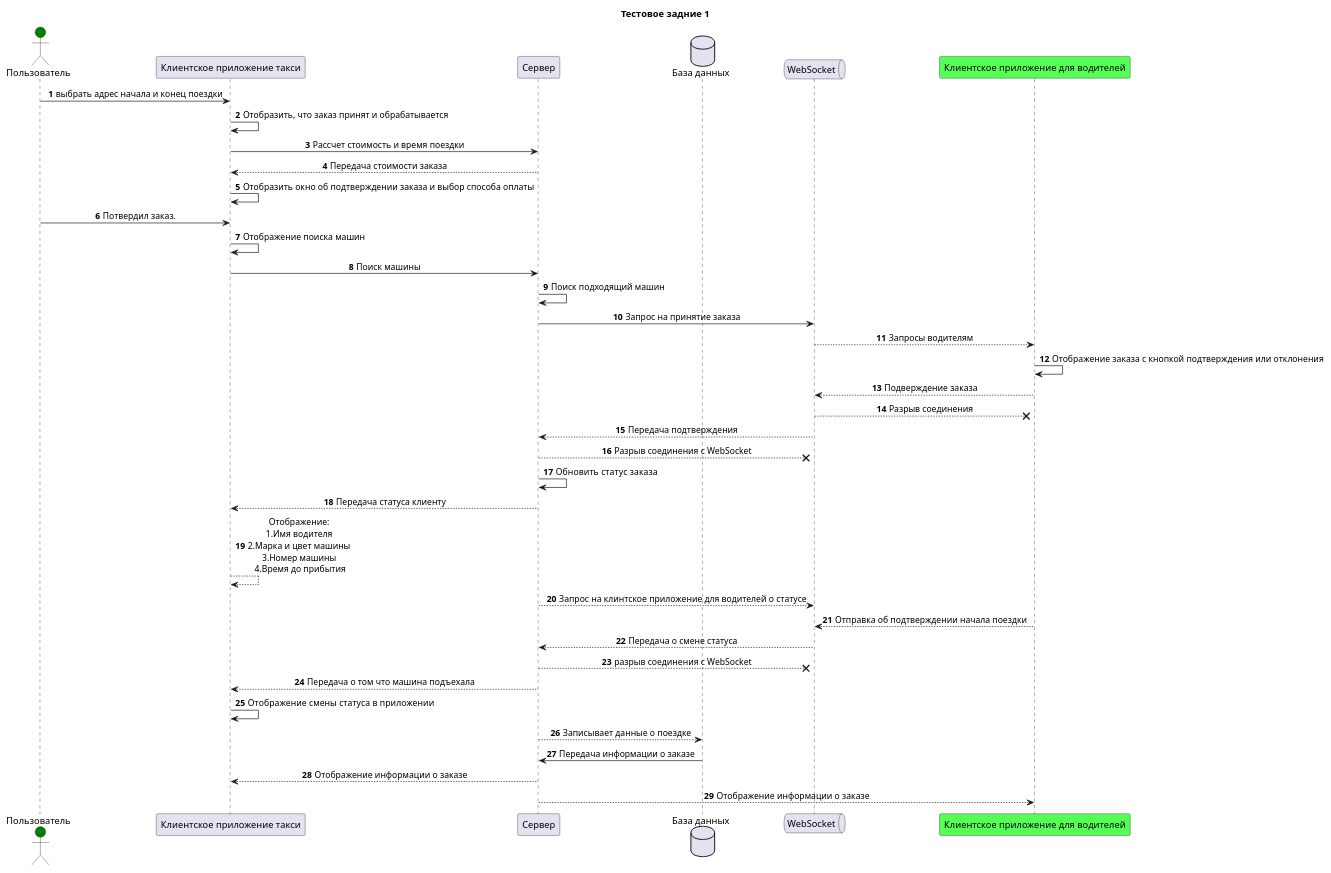
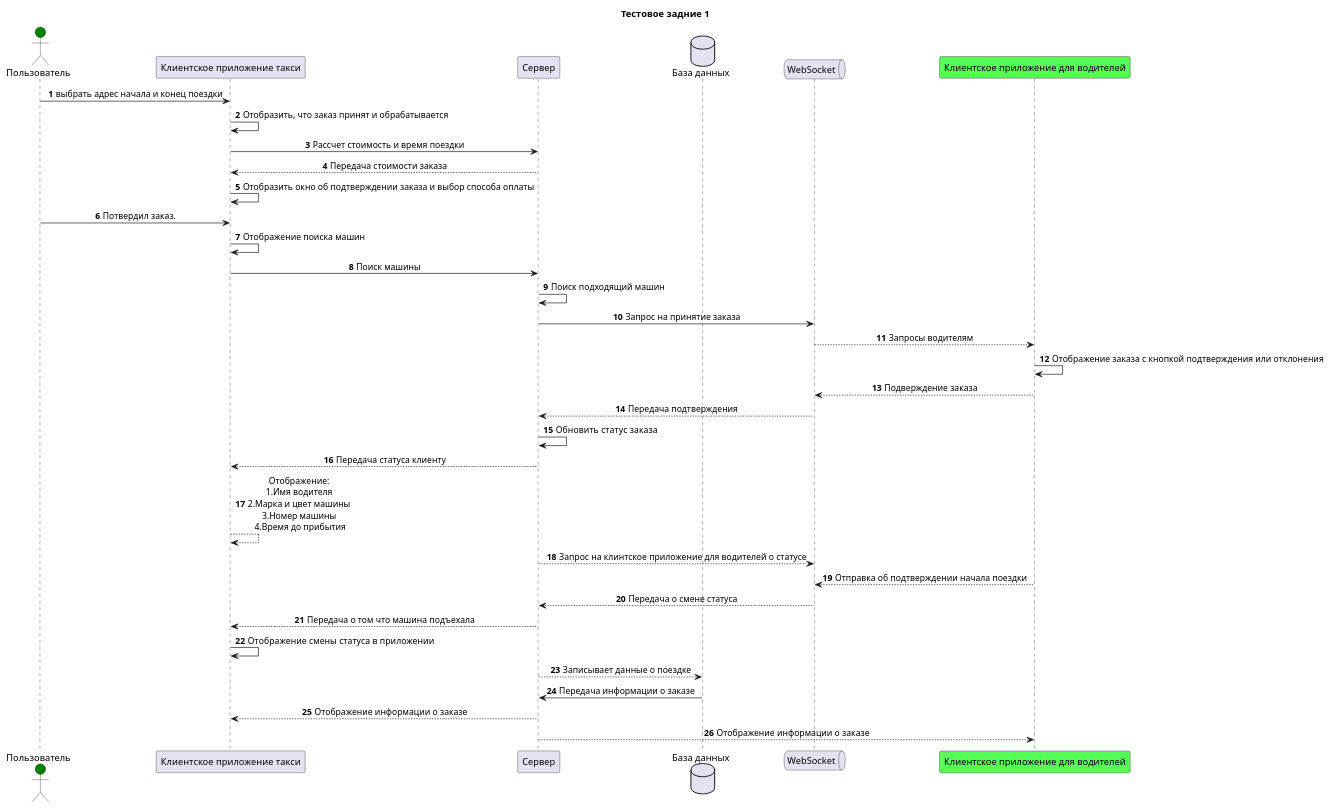
Before and after one commit to pilligrim28/test: the diagram in sample.puml, drawn with PlantUML. The commit also changed 3 other files, not shown here.

```diff
--- a/sample.puml
+++ b/sample.puml
@@ -1,60 +1,60 @@
 @startuml
 skinparam{
     Maxessagesize 200
 }
 skinparam sequence{
     ParticipantPadding 30
     MessageAlign center
 }
 title "Тестовое задние 1"
 Actor "Пользователь" as User  #green
 participant "Клиентское приложение такси" as Taxi
 participant "Сервер" as Server order 5
 participant "Клиентское приложение для водителей" as Driver order 30 #5f5
 database "База данных" as db order 10
 queue "WebSocket" as br order 20
 autonumber
 User -> Taxi: выбрать адрес начала и конец поездки
 Taxi -> Taxi: Отобразить, что заказ принят и обрабатывается
 Taxi -> Server: Рассчет стоимость и время поездки
 Server --> Taxi: Передача стоимости заказа
 
 Taxi-> Taxi: Отобразить окно об подтверждении заказа и выбор способа оплаты
 User -> Taxi: Потвердил заказ.
 Taxi -> Taxi: Отображение поиска машин
 Taxi-> Server: Поиск машины
 
 Server-> Server: Поиск подходящий машин
 
 
 Server -> br: Запрос на принятие заказа
 br --> Driver: Запросы водителям
 Driver-> Driver: Отображение заказа с кнопкой подтверждения или отклонения
 
 Driver --> br: Подверждение заказа
-br--x Driver: Разрыв соединения
+
 br--> Server: Передача подтверждения
-Server--x br: Разрыв соединения с WebSocket
+
 Server -> Server: Обновить  статус заказа
 Server-->Taxi: Передача статуса клиенту
 Taxi --> Taxi : Отображение: \n1.Имя водителя \n2.Марка и цвет машины \n3.Номер машины \n4.Время до прибытия
 Server --> br : Запрос на клинтское приложение для водителей о статусе
 
 Driver--> br: Отправка об подтверждении начала поездки
 br --> Server : Передача о смене статуса
-Server --x br : разрыв соединения с WebSocket
+
 Server --> Taxi : Передача о том что машина подъехала
 Taxi -> Taxi : Отображение смены статуса  в приложении
 
 Server --> db: Записывает данные о поездке
 db ->Server: Передача информации о заказе
 Server --> Taxi : Отображение информации о заказе
 Server --> Driver: Отображение информации о заказе
 
 
 
 
 
 
 
 @enduml
```
